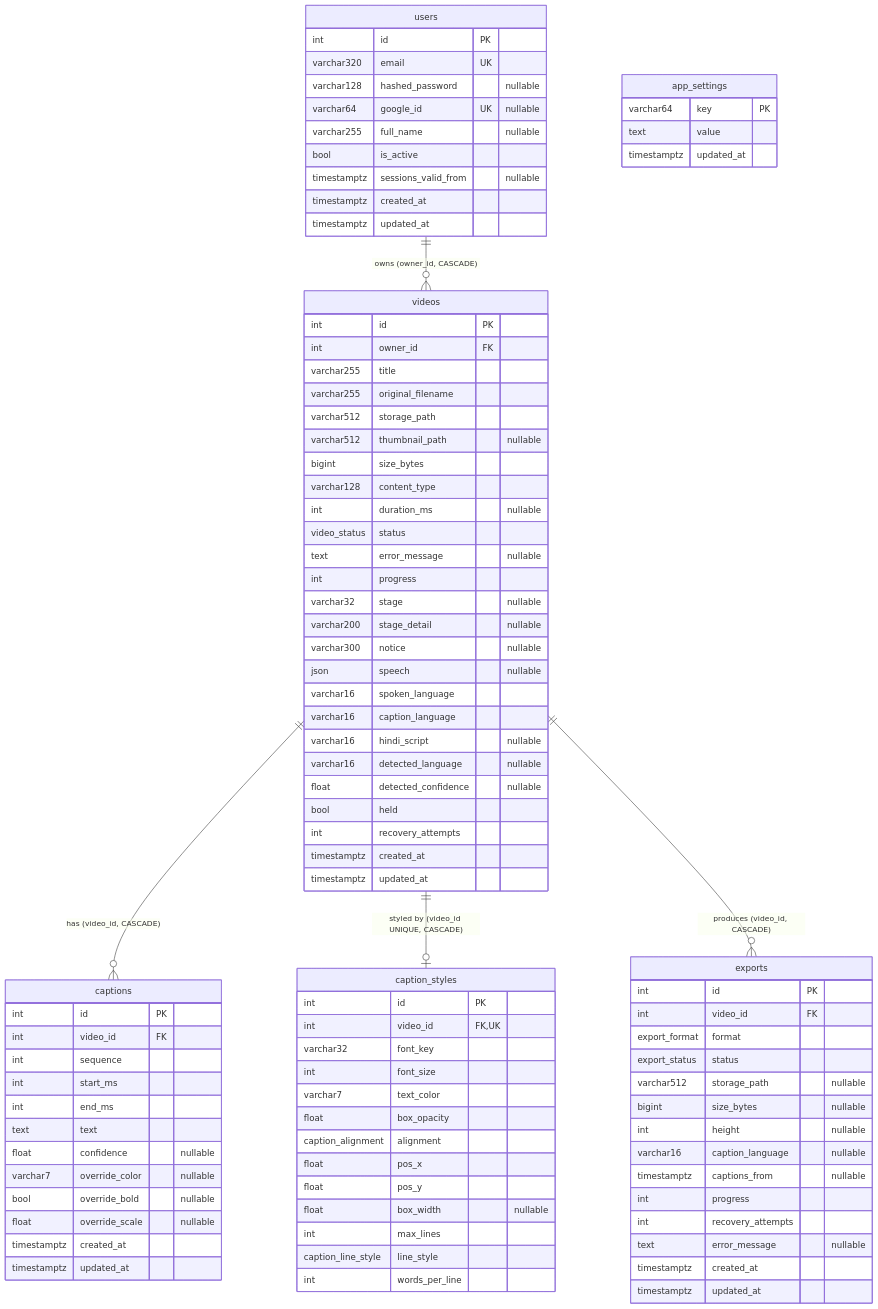
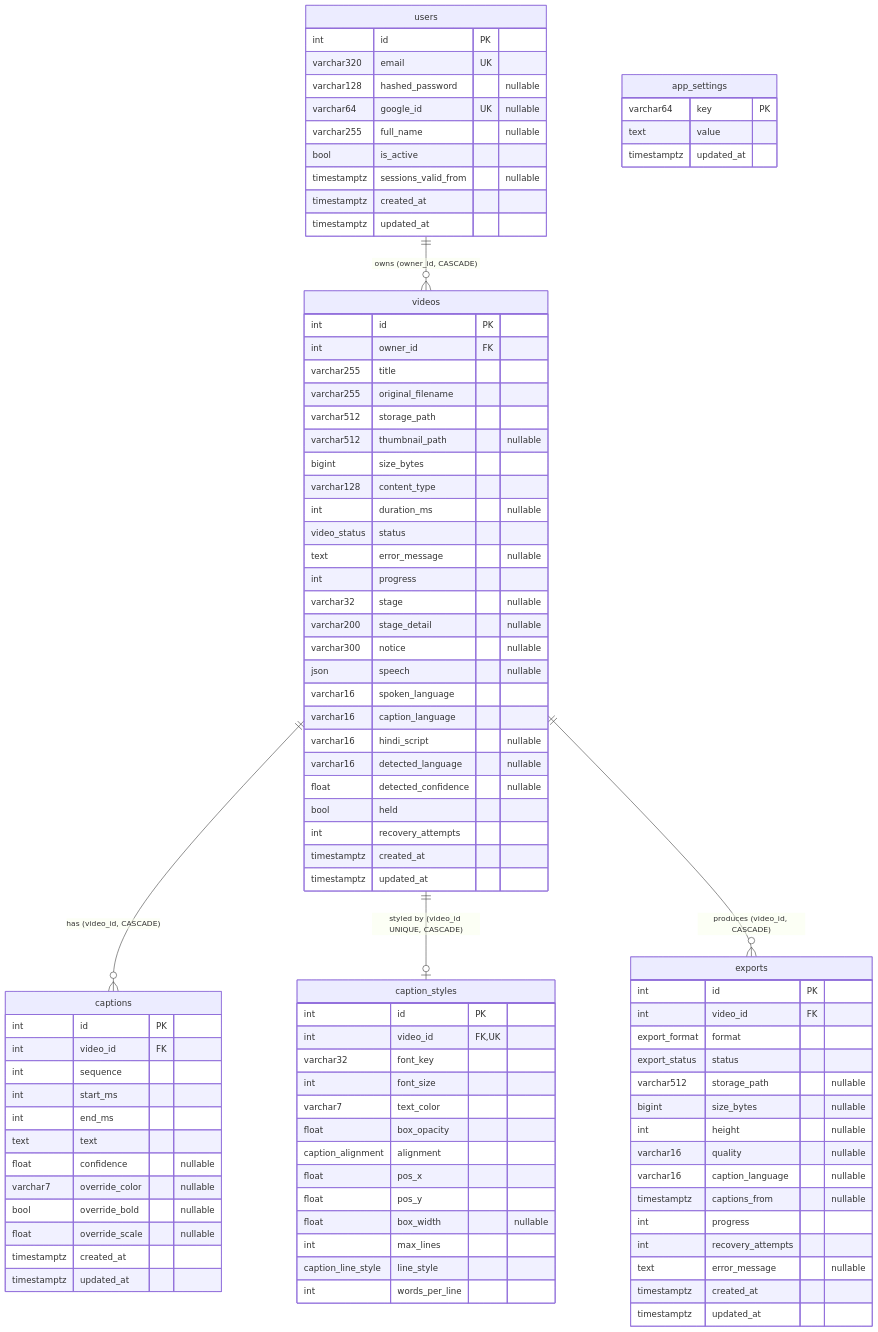
Before and after one commit to Tanush1206/Video-Caption-Maker: the diagram in docs/DATABASE.md, drawn with Mermaid. The commit also changed other lines of this file and 4 other files, not shown here.

```diff
--- a/docs/DATABASE.md
+++ b/docs/DATABASE.md
@@ -145,6 +145,7 @@
         varchar512 storage_path "nullable"
         bigint size_bytes "nullable"
         int height "nullable"
+        varchar16 quality "nullable"
         varchar16 caption_language "nullable"
         timestamptz captions_from "nullable"
         int progress
```
